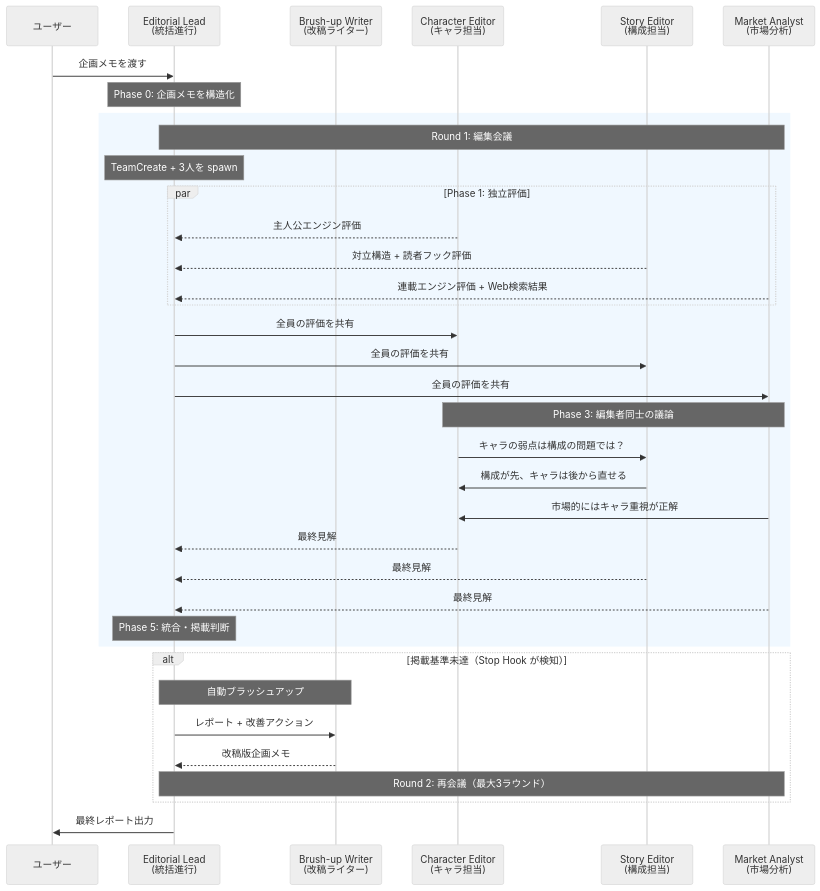
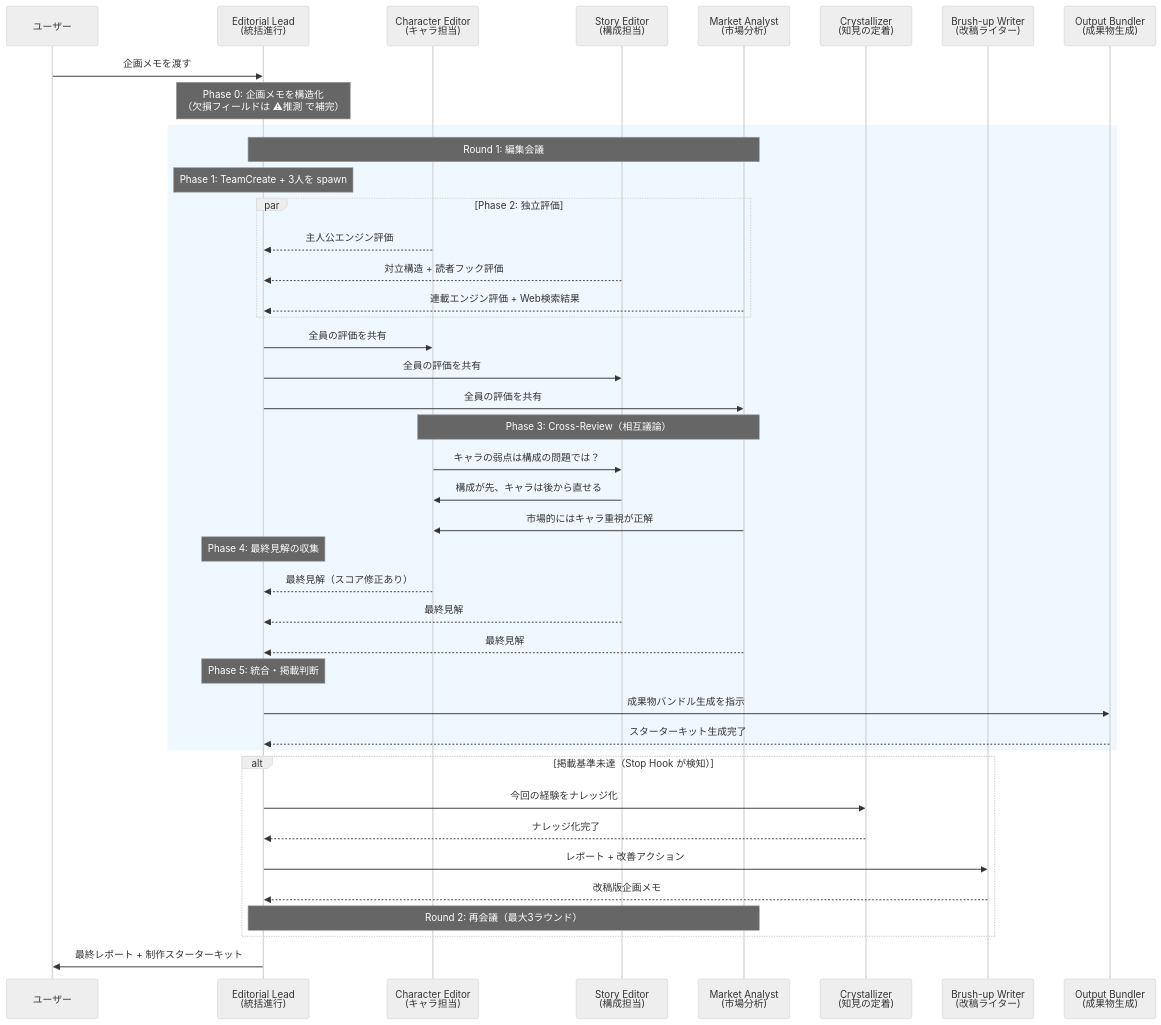
One commit to KIRIKO-HirokiSato/manga-editorial changed the first of 2 diagrams in README.md. Above: the diagram before and after it, drawn with Mermaid (neutral theme). The commit also changed other lines of this file, not shown here.

````diff
--- a/README.md
+++ b/README.md
@@ -95,47 +96,53 @@
 ```mermaid
 sequenceDiagram
     participant U as ユーザー
     participant TL as Editorial Lead<br>(統括進行)
-    participant BW as Brush-up Writer<br>(改稿ライター)
     participant CH as Character Editor<br>(キャラ担当)
     participant ST as Story Editor<br>(構成担当)
     participant MA as Market Analyst<br>(市場分析)
+    participant CR as Crystallizer<br>(知見の定着)
+    participant BW as Brush-up Writer<br>(改稿ライター)
+    participant OB as Output Bundler<br>(成果物生成)
 
     U->>TL: 企画メモを渡す
-    Note over TL: Phase 0: 企画メモを構造化
+    Note over TL: Phase 0: 企画メモを構造化<br>（欠損フィールドは ⚠推測 で補完）
 
     rect rgb(240, 248, 255)
         Note over TL,MA: Round 1: 編集会議
-        Note over TL: TeamCreate + 3人を spawn
+        Note over TL: Phase 1: TeamCreate + 3人を spawn
 
-        par Phase 1: 独立評価
+        par Phase 2: 独立評価
             CH-->>TL: 主人公エンジン評価
             ST-->>TL: 対立構造 + 読者フック評価
             MA-->>TL: 連載エンジン評価 + Web検索結果
         end
 
         TL->>CH: 全員の評価を共有
         TL->>ST: 全員の評価を共有
         TL->>MA: 全員の評価を共有
 
-        Note over CH,MA: Phase 3: 編集者同士の議論
+        Note over CH,MA: Phase 3: Cross-Review（相互議論）
         CH->>ST: キャラの弱点は構成の問題では？
         ST->>CH: 構成が先、キャラは後から直せる
         MA->>CH: 市場的にはキャラ重視が正解
 
-        CH-->>TL: 最終見解
+        Note over TL: Phase 4: 最終見解の収集
+        CH-->>TL: 最終見解（スコア修正あり）
         ST-->>TL: 最終見解
         MA-->>TL: 最終見解
 
         Note over TL: Phase 5: 統合・掲載判断
+        TL->>OB: 成果物バンドル生成を指示
+        OB-->>TL: スターターキット生成完了
     end
 
     alt 掲載基準未達（Stop Hook が検知）
-        Note over TL,BW: 自動ブラッシュアップ
+        TL->>CR: 今回の経験をナレッジ化
+        CR-->>TL: ナレッジ化完了
         TL->>BW: レポート + 改善アクション
         BW-->>TL: 改稿版企画メモ
         Note over TL,MA: Round 2: 再会議（最大3ラウンド）
     end
 
-    TL->>U: 最終レポート出力
+    TL->>U: 最終レポート + 制作スターターキット
 ```
````
